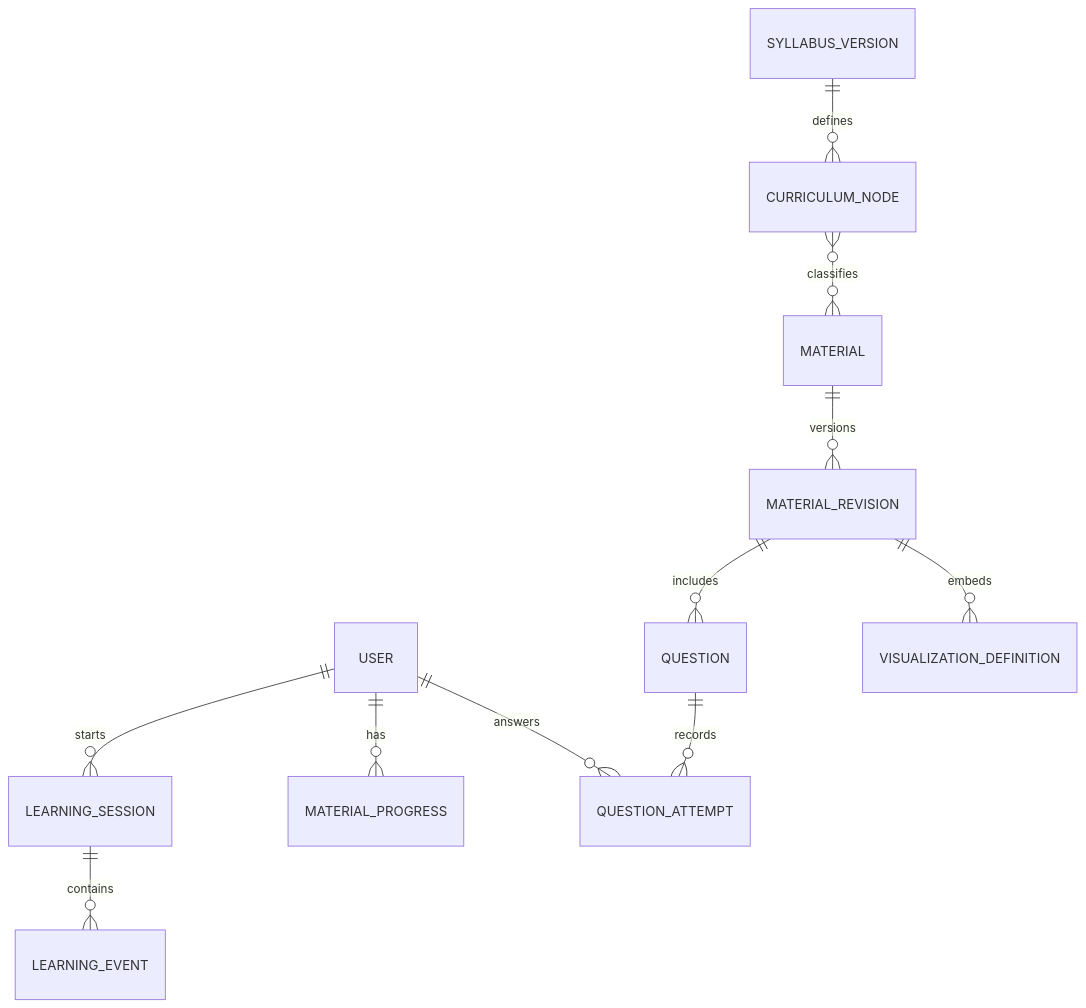
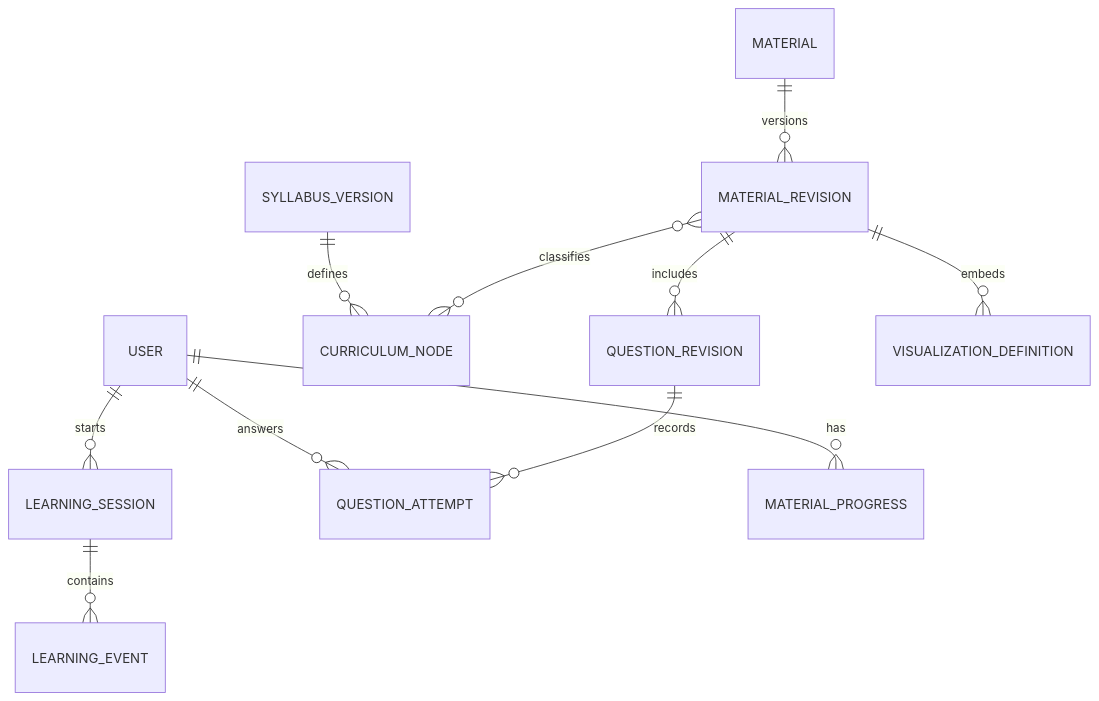
One commit to FujiJPProject/IPAStudyApp changed the fourth of 5 diagrams in 設計/ap-study-app-design.md. Above: the diagram before and after it, drawn with Mermaid. The commit also changed other lines of this file and 1 other file, not shown here.

````diff
--- a/設計/ap-study-app-design.md
+++ b/設計/ap-study-app-design.md
@@ -191,13 +320,13 @@
 ```mermaid
 erDiagram
   USER ||--o{ LEARNING_SESSION : starts
   LEARNING_SESSION ||--o{ LEARNING_EVENT : contains
+  USER ||--o{ QUESTION_ATTEMPT : answers
   USER ||--o{ MATERIAL_PROGRESS : has
-  USER ||--o{ QUESTION_ATTEMPT : answers
   SYLLABUS_VERSION ||--o{ CURRICULUM_NODE : defines
-  CURRICULUM_NODE }o--o{ MATERIAL : classifies
   MATERIAL ||--o{ MATERIAL_REVISION : versions
-  MATERIAL_REVISION ||--o{ QUESTION : includes
+  MATERIAL_REVISION }o--o{ CURRICULUM_NODE : classifies
+  MATERIAL_REVISION ||--o{ QUESTION_REVISION : includes
   MATERIAL_REVISION ||--o{ VISUALIZATION_DEFINITION : embeds
-  QUESTION ||--o{ QUESTION_ATTEMPT : records
+  QUESTION_REVISION ||--o{ QUESTION_ATTEMPT : records
 ```
````
